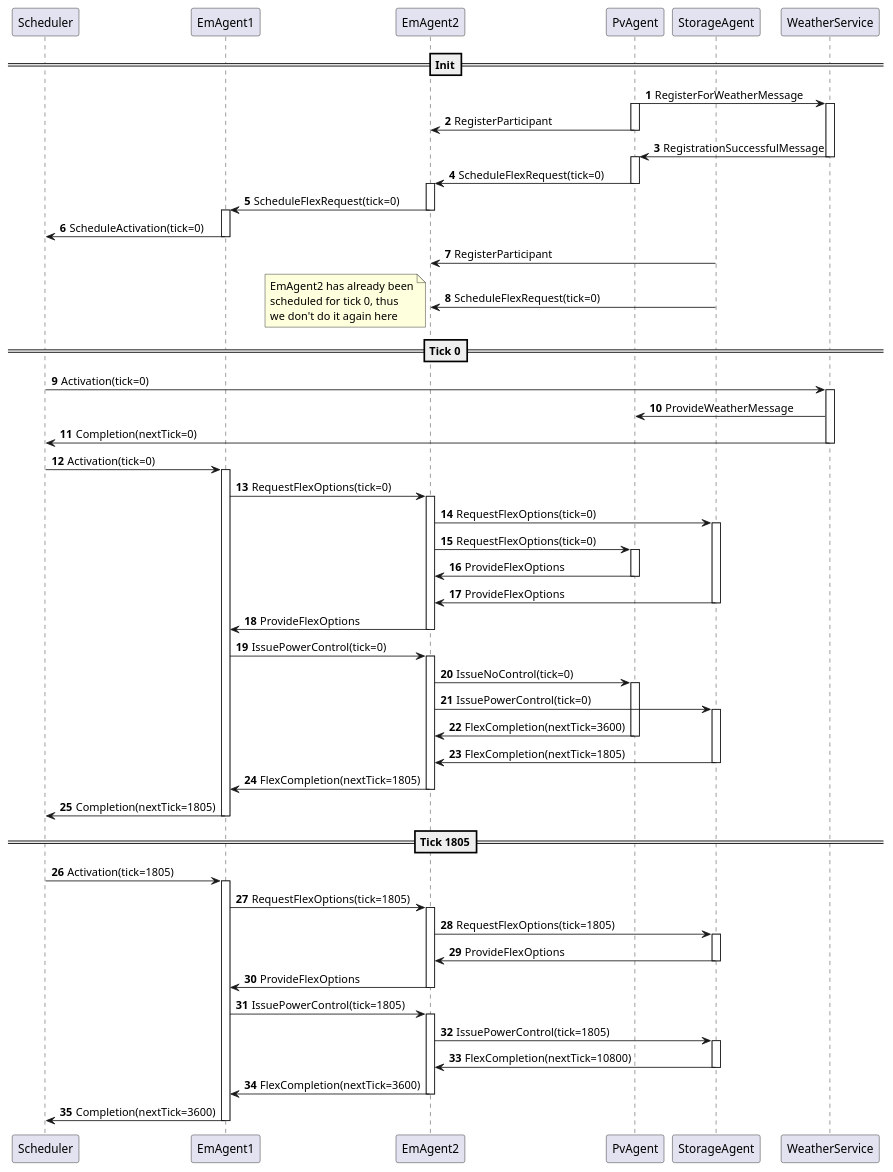
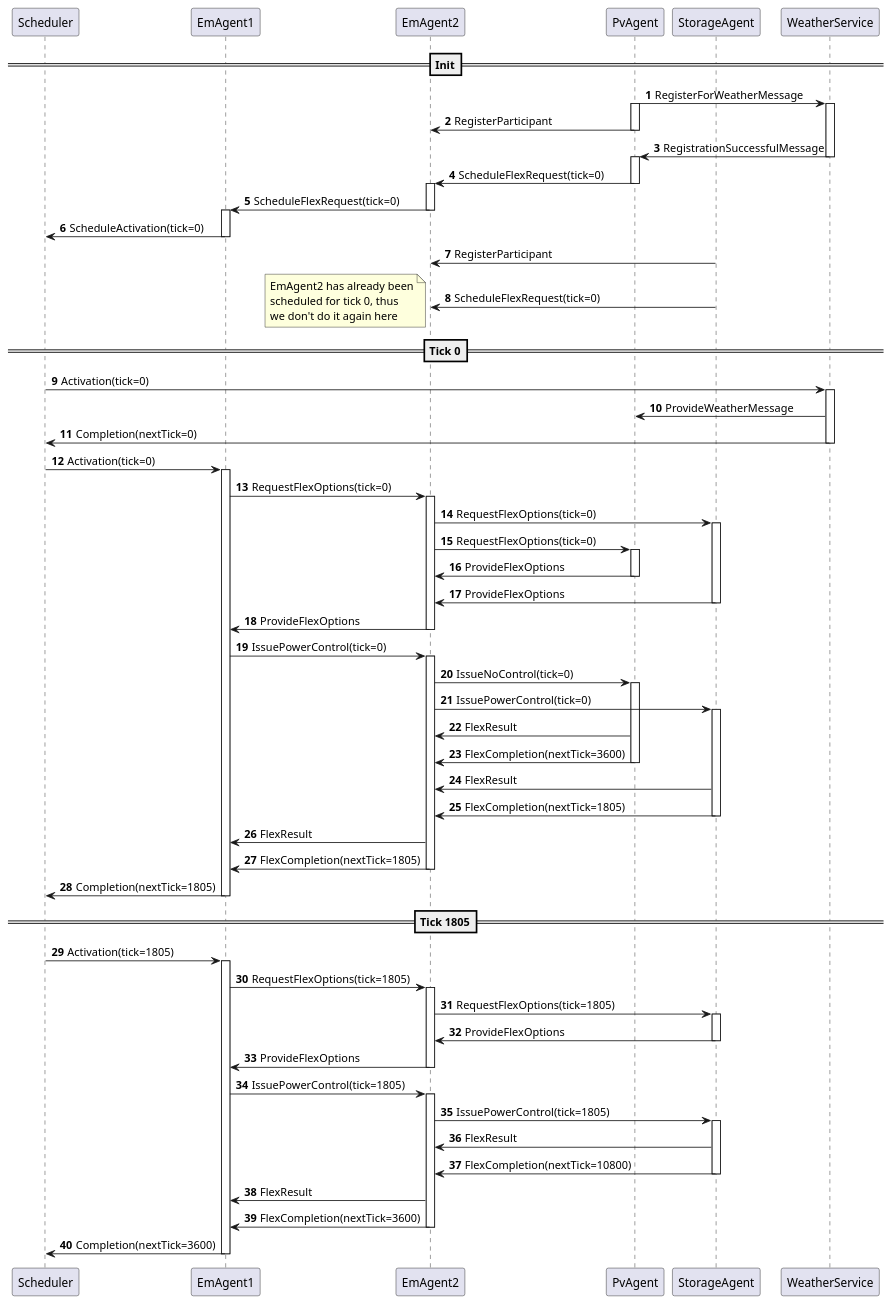
The diagram in docs/uml/protocol/em/ControlledEm.puml (ie3-institute/simona), drawn with PlantUML before and after one commit. The commit also changed 9 other files, not shown here.

```diff
--- a/docs/uml/protocol/em/ControlledEm.puml
+++ b/docs/uml/protocol/em/ControlledEm.puml
@@ -1,128 +1,133 @@
 @startuml
 'https://plantuml.com/sequence-diagram
 
 ' set fixed order
 participant Scheduler
 participant EmAgent1
 participant EmAgent2
 participant PvAgent
 participant StorageAgent
 participant WeatherService
 
 autonumber
 
 ==Init==
 
 PvAgent -> WeatherService: RegisterForWeatherMessage
 activate PvAgent
 activate WeatherService
 PvAgent -> EmAgent2: RegisterParticipant
 deactivate PvAgent
 
 WeatherService -> PvAgent: RegistrationSuccessfulMessage
 deactivate WeatherService
 activate PvAgent
 PvAgent -> EmAgent2: ScheduleFlexRequest(tick=0)
 deactivate PvAgent
 activate EmAgent2
 
 EmAgent2 -> EmAgent1: ScheduleFlexRequest(tick=0)
 deactivate EmAgent2
 activate EmAgent1
 EmAgent1 -> Scheduler: ScheduleActivation(tick=0)
 deactivate EmAgent1
 
 StorageAgent -> EmAgent2: RegisterParticipant
 StorageAgent -> EmAgent2: ScheduleFlexRequest(tick=0)
 
 note left
 EmAgent2 has already been
 scheduled for tick 0, thus
 we don't do it again here
 end note
 
 ==Tick 0==
 
 Scheduler -> WeatherService: Activation(tick=0)
 activate WeatherService
 
 WeatherService -> PvAgent: ProvideWeatherMessage
 
 WeatherService -> Scheduler: Completion(nextTick=0)
 deactivate WeatherService
 
 Scheduler -> EmAgent1: Activation(tick=0)
 activate EmAgent1
 
 EmAgent1 -> EmAgent2: RequestFlexOptions(tick=0)
 activate EmAgent2
 
 EmAgent2 -> StorageAgent: RequestFlexOptions(tick=0)
 activate StorageAgent
 
 EmAgent2 -> PvAgent: RequestFlexOptions(tick=0)
 activate PvAgent
 
 PvAgent -> EmAgent2: ProvideFlexOptions
 deactivate PvAgent
 
 StorageAgent -> EmAgent2: ProvideFlexOptions
 deactivate StorageAgent
 
 EmAgent2 -> EmAgent1: ProvideFlexOptions
 deactivate EmAgent2
 
 EmAgent1 -> EmAgent2: IssuePowerControl(tick=0)
 activate EmAgent2
 
 EmAgent2 -> PvAgent: IssueNoControl(tick=0)
 activate PvAgent
 
 EmAgent2 -> StorageAgent: IssuePowerControl(tick=0)
 activate StorageAgent
 
+PvAgent -> EmAgent2: FlexResult
 PvAgent -> EmAgent2: FlexCompletion(nextTick=3600)
 deactivate PvAgent
 
+StorageAgent -> EmAgent2: FlexResult
 StorageAgent -> EmAgent2: FlexCompletion(nextTick=1805)
 deactivate StorageAgent
 
+EmAgent2 -> EmAgent1: FlexResult
 EmAgent2 -> EmAgent1: FlexCompletion(nextTick=1805)
 deactivate EmAgent2
 
 EmAgent1 -> Scheduler: Completion(nextTick=1805)
 deactivate EmAgent1
 
 ==Tick 1805==
 
 Scheduler -> EmAgent1: Activation(tick=1805)
 activate EmAgent1
 
 EmAgent1 -> EmAgent2: RequestFlexOptions(tick=1805)
 activate EmAgent2
 
 EmAgent2 -> StorageAgent: RequestFlexOptions(tick=1805)
 activate StorageAgent
 
 StorageAgent -> EmAgent2: ProvideFlexOptions
 deactivate StorageAgent
 
 EmAgent2 -> EmAgent1: ProvideFlexOptions
 deactivate EmAgent2
 
 EmAgent1 -> EmAgent2: IssuePowerControl(tick=1805)
 activate EmAgent2
 
 EmAgent2 -> StorageAgent: IssuePowerControl(tick=1805)
 activate StorageAgent
 
+StorageAgent -> EmAgent2: FlexResult
 StorageAgent -> EmAgent2: FlexCompletion(nextTick=10800)
 deactivate StorageAgent
 
+EmAgent2 -> EmAgent1: FlexResult
 EmAgent2 -> EmAgent1: FlexCompletion(nextTick=3600)
 deactivate EmAgent2
 
 EmAgent1 -> Scheduler: Completion(nextTick=3600)
 deactivate EmAgent1
 
 @enduml
```
